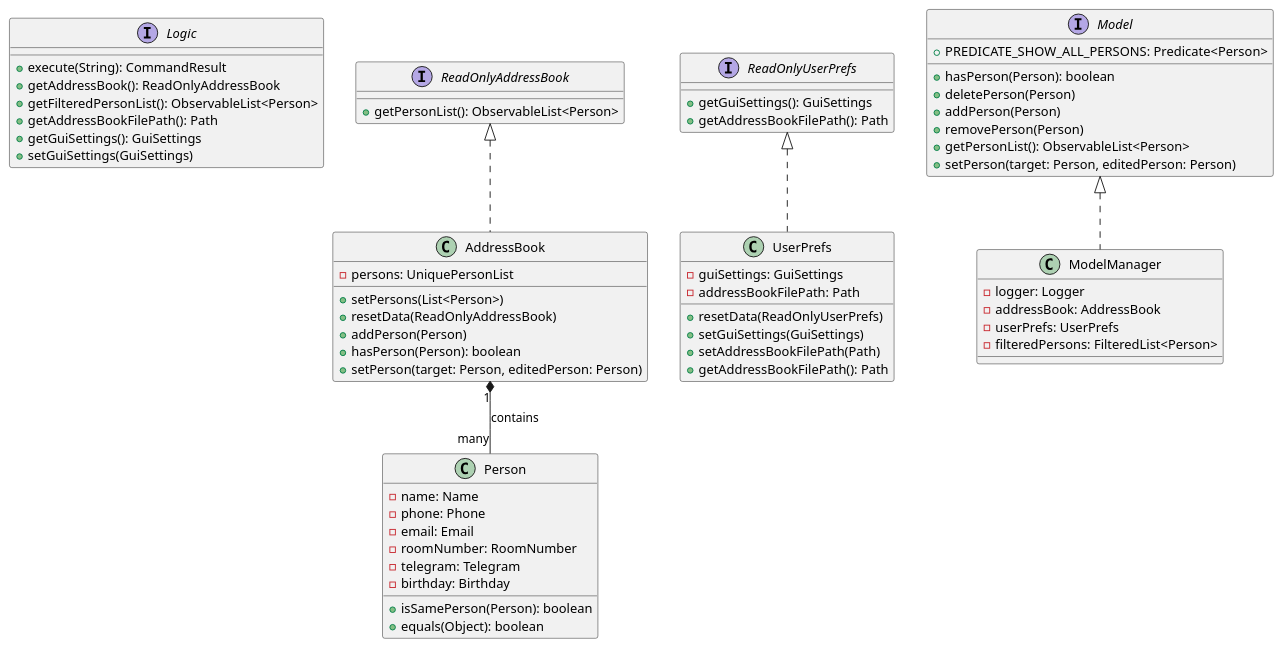
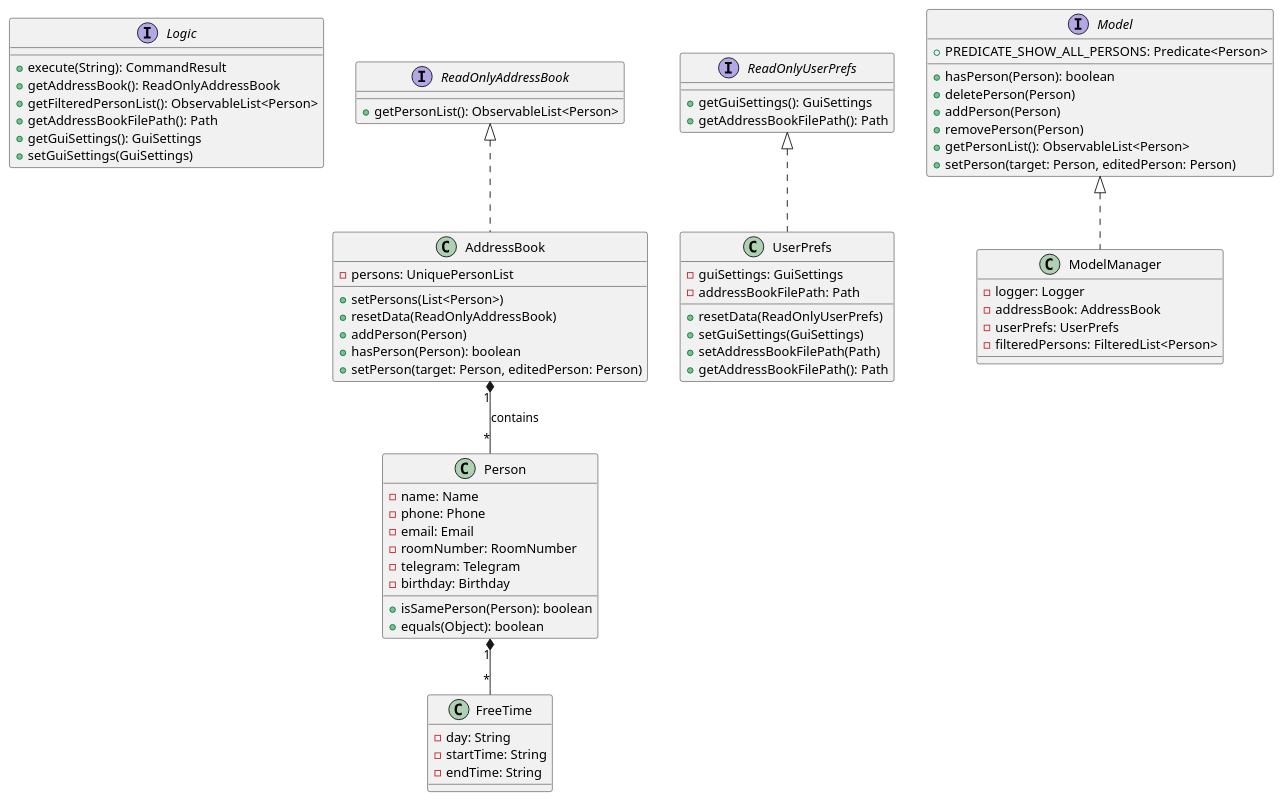
One commit to nus-cs2103-AY2324S2/tp changed the diagram in docs/diagrams/Dormie.puml. Above: the diagram before and after it, drawn with PlantUML.

Commit message:
Add class diagram for freeTime

```diff
--- a/docs/diagrams/Dormie.puml
+++ b/docs/diagrams/Dormie.puml
@@ -1,80 +1,87 @@
 @startuml
 'https://plantuml.com/class-diagram
 
 interface Logic {
 +execute(String): CommandResult
 +getAddressBook(): ReadOnlyAddressBook
 +getFilteredPersonList(): ObservableList<Person>
 +getAddressBookFilePath(): Path
 +getGuiSettings(): GuiSettings
 +setGuiSettings(GuiSettings)
 }
 
 interface ReadOnlyAddressBook {
 +getPersonList(): ObservableList<Person>
 }
 
 interface ReadOnlyUserPrefs {
 +getGuiSettings(): GuiSettings
 +getAddressBookFilePath(): Path
 }
 
 interface Model {
 +PREDICATE_SHOW_ALL_PERSONS: Predicate<Person>
 
 +hasPerson(Person): boolean
 +deletePerson(Person)
 +addPerson(Person)
 +removePerson(Person)
 +getPersonList(): ObservableList<Person>
 +setPerson(target: Person, editedPerson: Person)
 }
 
 class ModelManager {
 -logger: Logger
 -addressBook: AddressBook
 -userPrefs: UserPrefs
 -filteredPersons: FilteredList<Person>
 }
 
 class UserPrefs {
 -guiSettings: GuiSettings
 -addressBookFilePath: Path
 
 +resetData(ReadOnlyUserPrefs)
 +setGuiSettings(GuiSettings)
 +setAddressBookFilePath(Path)
 +getAddressBookFilePath(): Path
 }
 
 class AddressBook {
 -persons: UniquePersonList
 
 +setPersons(List<Person>)
 +resetData(ReadOnlyAddressBook)
 +addPerson(Person)
 +hasPerson(Person): boolean
 +setPerson(target: Person, editedPerson: Person)
 }
 
 Model <|.. ModelManager
 ReadOnlyUserPrefs <|.. UserPrefs
 ReadOnlyAddressBook <|.. AddressBook
 
 
 class Person {
 -name: Name
 -phone: Phone
 -email: Email
 -roomNumber: RoomNumber
 -telegram: Telegram
 -birthday: Birthday
 
 +isSamePerson(Person): boolean
 +equals(Object): boolean
 }
 
-AddressBook "1" *-- "many" Person : contains
+class FreeTime {
+-day: String
+-startTime: String
+-endTime: String
+}
+
+AddressBook "1" *-- "*" Person : contains
+Person "1" *-- "*" FreeTime
 
 
 @enduml
```
